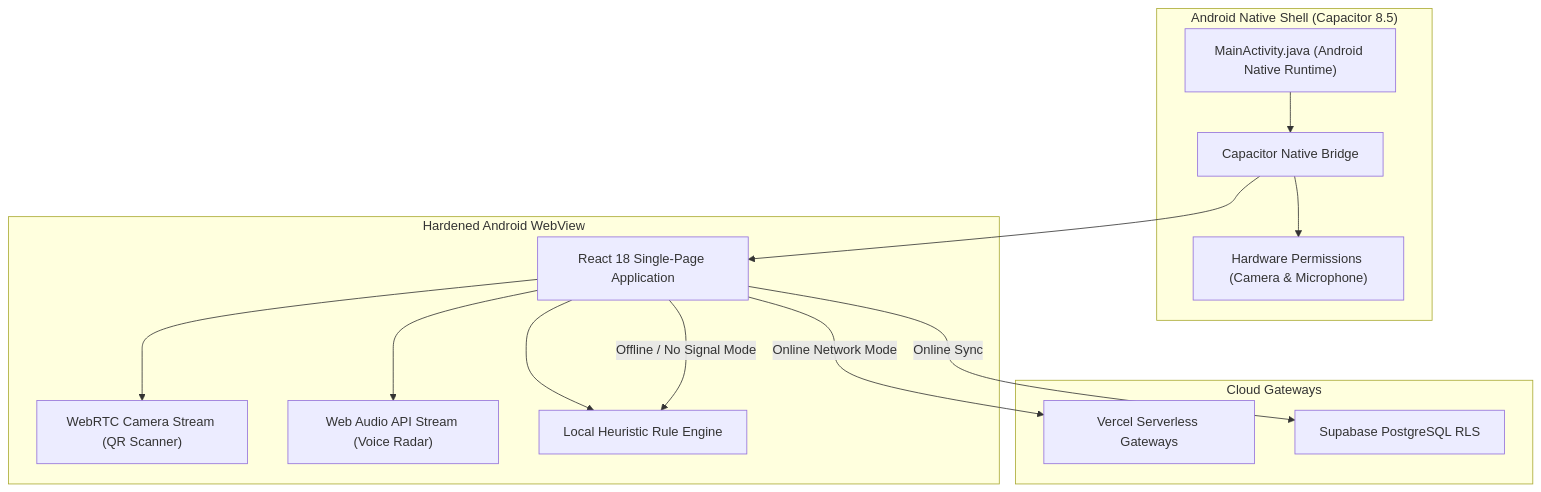
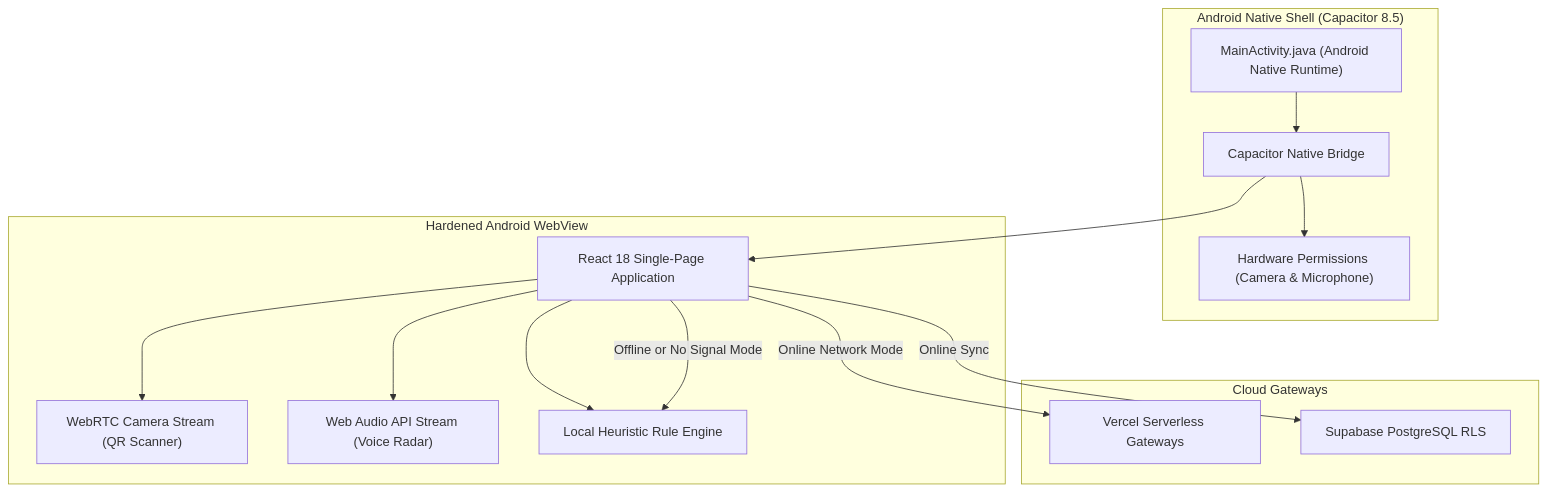
Before and after one commit to ImperialCoder01/GhostNet: the diagram in docs/MOBILE.md, drawn with Mermaid. The commit also changed 4 other files, not shown here.

Commit message:
fix(docs): resolve GitHub Mermaid diagram parse errors across documentation

````diff
--- a/docs/MOBILE.md
+++ b/docs/MOBILE.md
@@ -9,31 +9,31 @@
 ```mermaid
 flowchart TD
     subgraph NativeAndroid["Android Native Shell (Capacitor 8.5)"]
         Activity["MainActivity.java (Android Native Runtime)"]
         Permissions["Hardware Permissions (Camera & Microphone)"]
         Bridge["Capacitor Native Bridge"]
     end
 
     subgraph WebViewRuntime["Hardened Android WebView"]
         ReactApp["React 18 Single-Page Application"]
         CameraStream["WebRTC Camera Stream (QR Scanner)"]
         AudioRecord["Web Audio API Stream (Voice Radar)"]
         OfflineEngine["Local Heuristic Rule Engine"]
     end
 
     subgraph BackendAPI["Cloud Gateways"]
         VercelAPI["Vercel Serverless Gateways"]
         SupabaseDB["Supabase PostgreSQL RLS"]
     end
 
     Activity --> Bridge
     Bridge --> Permissions
     Bridge --> ReactApp
     ReactApp --> CameraStream
     ReactApp --> AudioRecord
     ReactApp --> OfflineEngine
 
-    ReactApp -->|Online Network Mode| VercelAPI
-    ReactApp -->|Online Sync| SupabaseDB
-    ReactApp -->|Offline / No Signal Mode| OfflineEngine
+    ReactApp -->|"Online Network Mode"| VercelAPI
+    ReactApp -->|"Online Sync"| SupabaseDB
+    ReactApp -->|"Offline or No Signal Mode"| OfflineEngine
 ```
````
